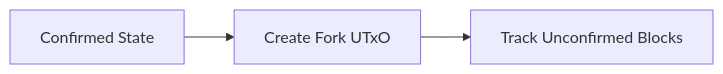
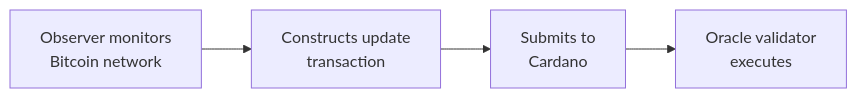
One commit to lantr-io/binocular changed the third of 5 diagrams in Litepaper.md. Above: the diagram before and after it, drawn with Mermaid. The commit also changed other lines of this file and 3 other files, not shown here.

````diff
--- a/Litepaper.md
+++ b/Litepaper.md
@@ -72,5 +77,6 @@
 ```mermaid
 graph LR
-A[Confirmed State] --> B[Create Fork UTxO]
-B --> C[Track Unconfirmed Blocks]
+    A[Observer monitors<br/>Bitcoin network] --> B[Constructs update<br/>transaction]
+    B --> C[Submits to<br/>Cardano]
+    C --> D[Oracle validator<br/>executes]
 ```
````
